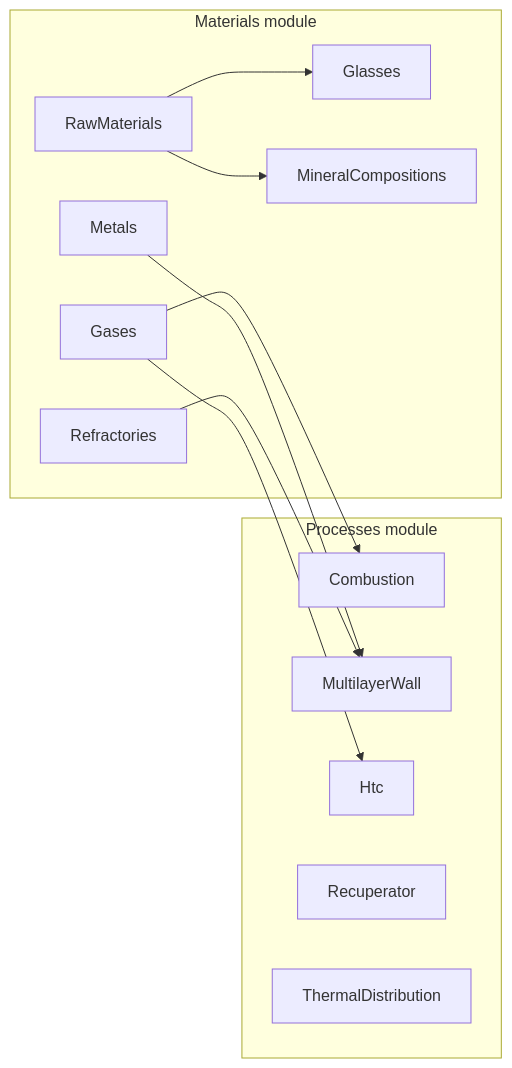
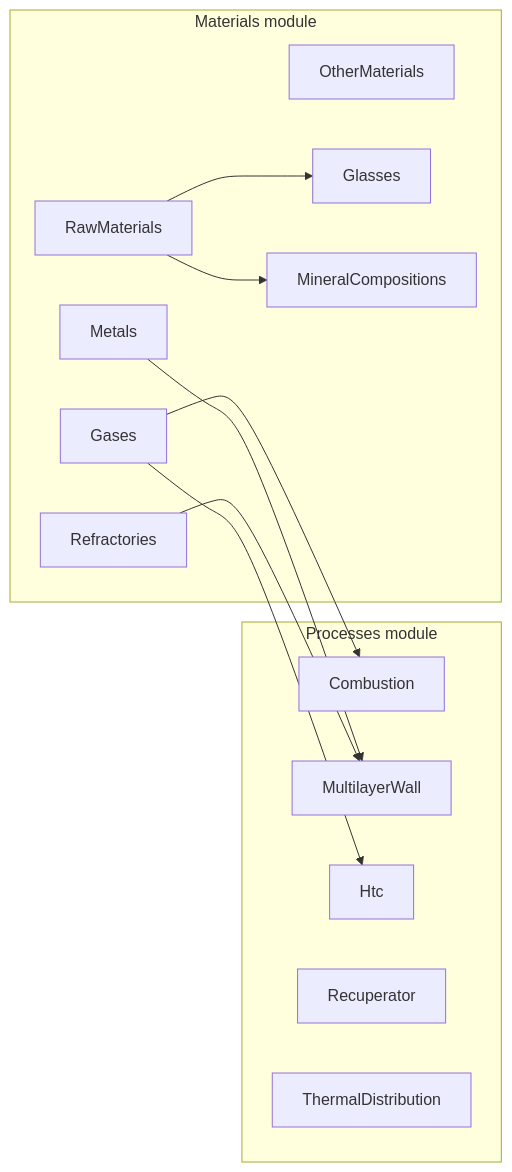
One commit to zakhovalkopavel/thermal-software changed the diagram in docs/frontend/README.md. Above: the diagram before and after it, drawn with Mermaid. The commit also changed other lines of this file and 73 other files, not shown here.

First line of the commit message:
Link wall λ/ε to materials and add Other materials catalogue.

````diff
--- a/docs/frontend/README.md
+++ b/docs/frontend/README.md
@@ -36,24 +37,25 @@
 ```mermaid
 flowchart LR
   subgraph materials [Materials module]
     Metals
     Gases
+    OtherMaterials
     Refractories
     RawMaterials
     Glasses
     MineralCompositions
   end
   subgraph processes [Processes module]
     Combustion
     MultilayerWall
     Htc
     Recuperator
     ThermalDistribution
   end
   Metals --> MultilayerWall
   Refractories --> MultilayerWall
   Gases --> Htc
   Gases --> Combustion
   RawMaterials --> MineralCompositions
   RawMaterials --> Glasses
 ```
````
